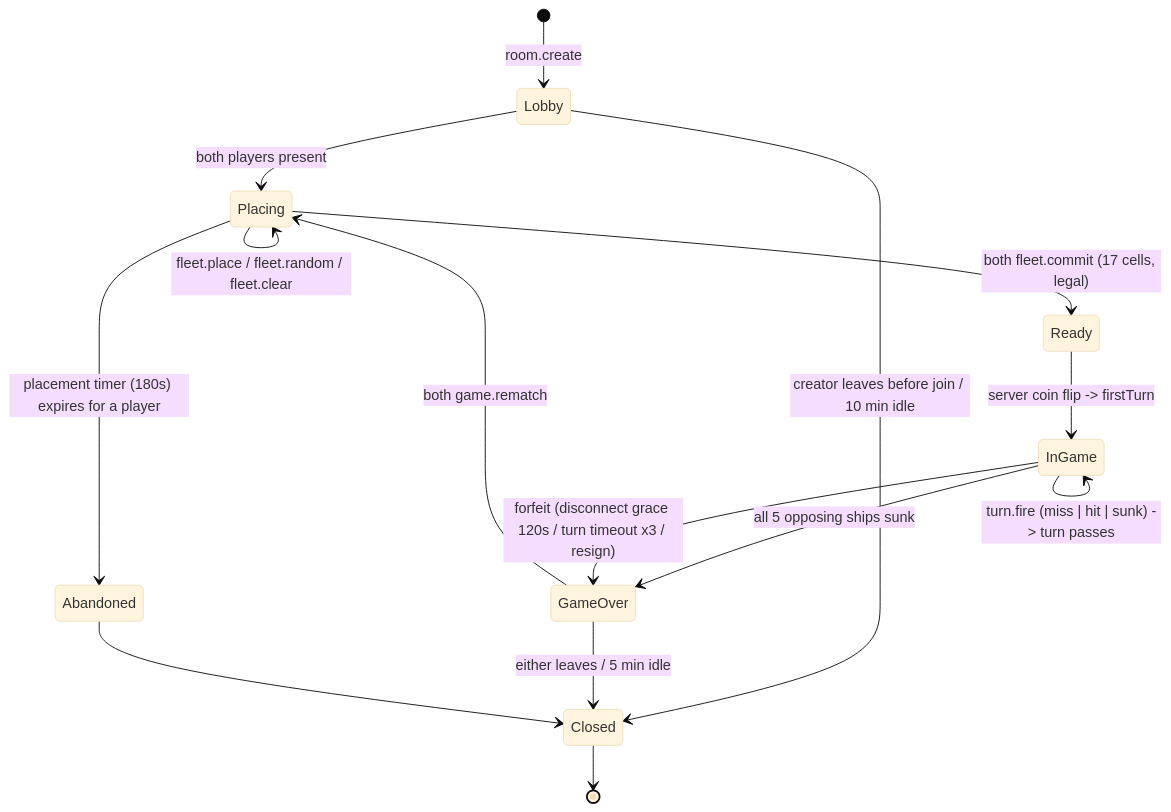
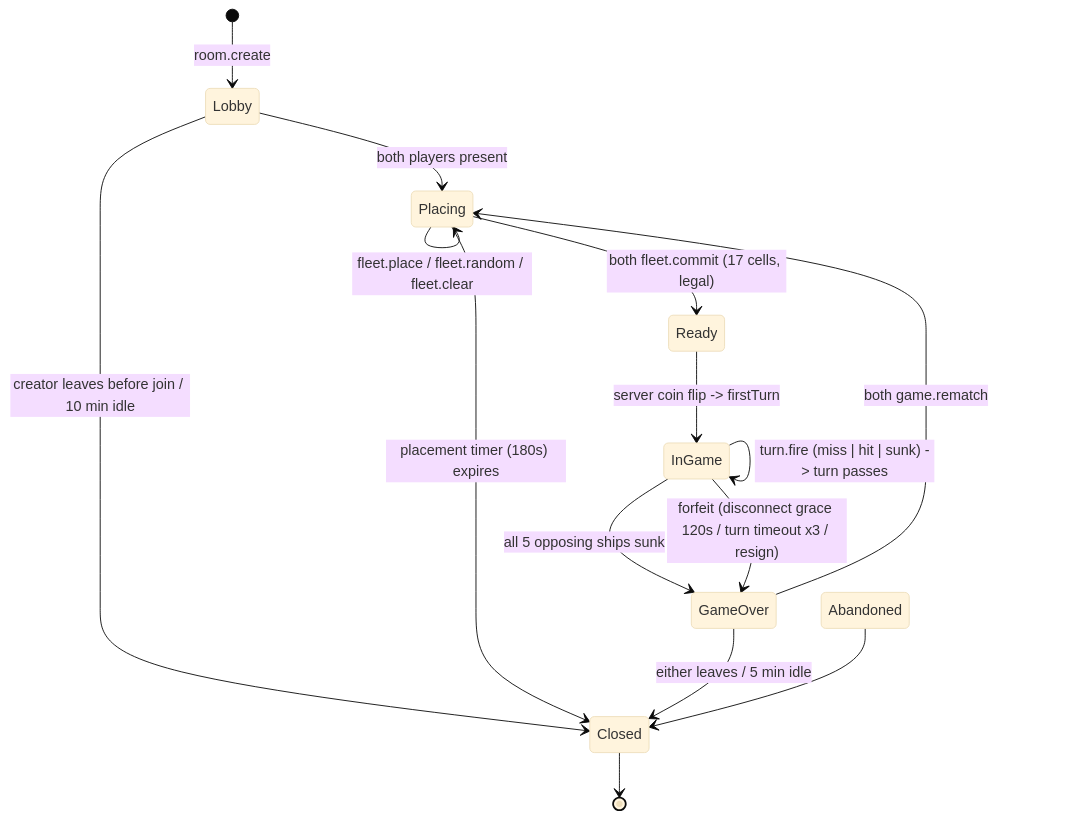
The second of 3 diagrams in docs/architecture/02-system-architecture.md (vvojtisek/battleships), drawn with Mermaid (base theme) before and after one commit. The commit also changed other lines of this file and 30 other files, not shown here.

````diff
--- a/docs/architecture/02-system-architecture.md
+++ b/docs/architecture/02-system-architecture.md
@@ -129,20 +129,20 @@
 ```mermaid
 stateDiagram-v2
   [*] --> Lobby: room.create
   Lobby --> Placing: both players present
   Lobby --> Closed: creator leaves before join / 10 min idle
 
   Placing --> Placing: fleet.place / fleet.random / fleet.clear
   Placing --> Ready: both fleet.commit (17 cells, legal)
-  Placing --> Abandoned: placement timer (180s) expires for a player
+  Placing --> Closed: placement timer (180s) expires
 
   Ready --> InGame: server coin flip -> firstTurn
   InGame --> InGame: turn.fire (miss | hit | sunk) -> turn passes
   InGame --> GameOver: all 5 opposing ships sunk
   InGame --> GameOver: forfeit (disconnect grace 120s / turn timeout x3 / resign)
 
   GameOver --> Placing: both game.rematch
   GameOver --> Closed: either leaves / 5 min idle
   Abandoned --> Closed
   Closed --> [*]
 ```
````
